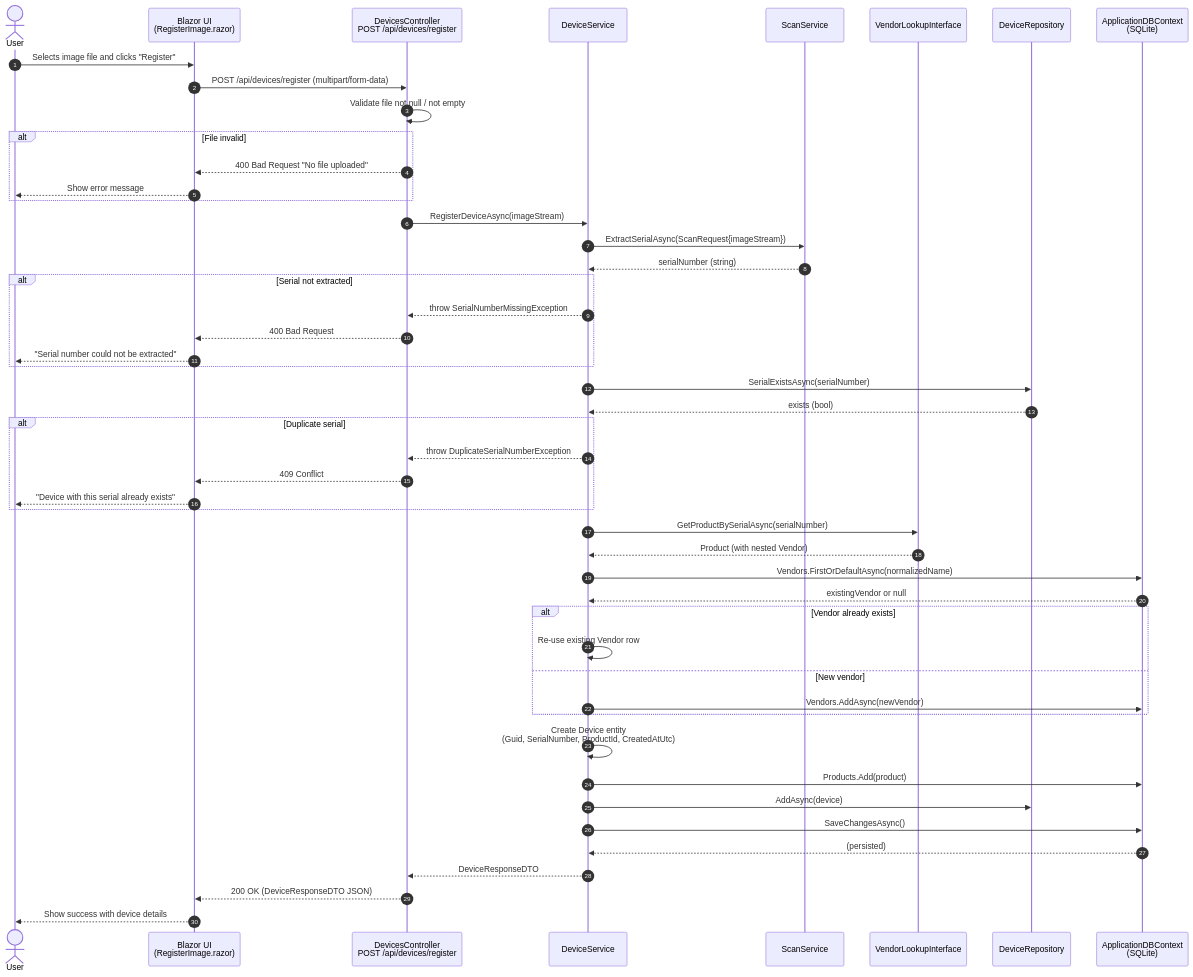
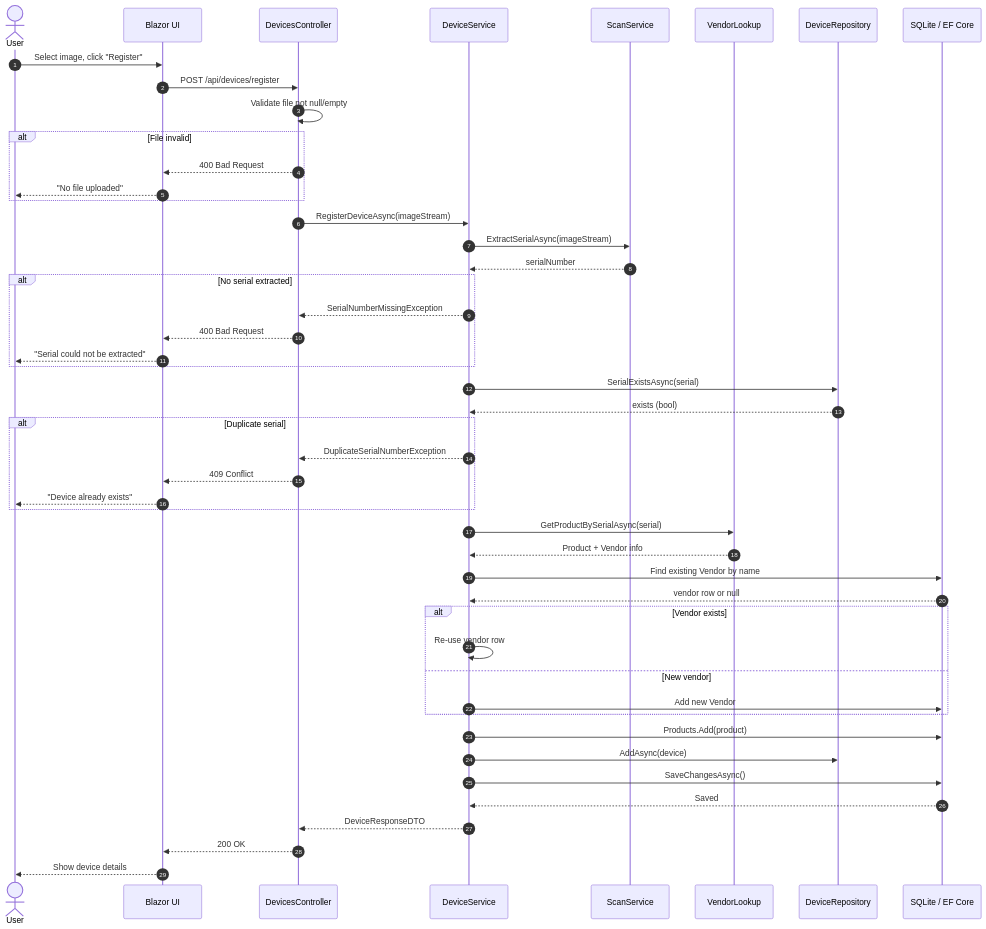
The diagram in docs/diagrams/sequence-image-device-registration.md (Denzel-Irizarry/HomeLabManager), drawn with Mermaid before and after one commit. The commit also changed 4 other files, not shown here.

First line of the commit message:
Improve readability of UML diagrams based on review feedback

````diff
--- a/docs/diagrams/sequence-image-device-registration.md
+++ b/docs/diagrams/sequence-image-device-registration.md
@@ -6,63 +6,62 @@
 ```mermaid
 sequenceDiagram
     autonumber
     actor User
-    participant WEBUI as Blazor UI<br/>(RegisterImage.razor)
-    participant API as DevicesController<br/>POST /api/devices/register
-    participant DevSvc as DeviceService
-    participant ScanSvc as ScanService
-    participant VendorLookup as VendorLookupInterface
-    participant DevRepo as DeviceRepository
-    participant DB as ApplicationDBContext<br/>(SQLite)
+    participant UI as Blazor UI
+    participant API as DevicesController
+    participant Svc as DeviceService
+    participant Scan as ScanService
+    participant Vendor as VendorLookup
+    participant Repo as DeviceRepository
+    participant DB as SQLite / EF Core
 
-    User->>WEBUI: Selects image file and clicks "Register"
-    WEBUI->>API: POST /api/devices/register (multipart/form-data)
+    User->>UI: Select image, click "Register"
+    UI->>API: POST /api/devices/register
 
-    API->>API: Validate file not null / not empty
+    API->>API: Validate file not null/empty
     alt File invalid
-        API-->>WEBUI: 400 Bad Request "No file uploaded"
-        WEBUI-->>User: Show error message
+        API-->>UI: 400 Bad Request
+        UI-->>User: "No file uploaded"
     end
 
-    API->>DevSvc: RegisterDeviceAsync(imageStream)
+    API->>Svc: RegisterDeviceAsync(imageStream)
 
-    DevSvc->>ScanSvc: ExtractSerialAsync(ScanRequest{imageStream})
-    ScanSvc-->>DevSvc: serialNumber (string)
+    Svc->>Scan: ExtractSerialAsync(imageStream)
+    Scan-->>Svc: serialNumber
 
-    alt Serial not extracted
-        DevSvc-->>API: throw SerialNumberMissingException
-        API-->>WEBUI: 400 Bad Request
-        WEBUI-->>User: "Serial number could not be extracted"
+    alt No serial extracted
+        Svc-->>API: SerialNumberMissingException
+        API-->>UI: 400 Bad Request
+        UI-->>User: "Serial could not be extracted"
     end
 
-    DevSvc->>DevRepo: SerialExistsAsync(serialNumber)
-    DevRepo-->>DevSvc: exists (bool)
+    Svc->>Repo: SerialExistsAsync(serial)
+    Repo-->>Svc: exists (bool)
 
     alt Duplicate serial
-        DevSvc-->>API: throw DuplicateSerialNumberException
-        API-->>WEBUI: 409 Conflict
-        WEBUI-->>User: "Device with this serial already exists"
+        Svc-->>API: DuplicateSerialNumberException
+        API-->>UI: 409 Conflict
+        UI-->>User: "Device already exists"
     end
 
-    DevSvc->>VendorLookup: GetProductBySerialAsync(serialNumber)
-    VendorLookup-->>DevSvc: Product (with nested Vendor)
+    Svc->>Vendor: GetProductBySerialAsync(serial)
+    Vendor-->>Svc: Product + Vendor info
 
-    DevSvc->>DB: Vendors.FirstOrDefaultAsync(normalizedName)
-    DB-->>DevSvc: existingVendor or null
+    Svc->>DB: Find existing Vendor by name
+    DB-->>Svc: vendor row or null
 
-    alt Vendor already exists
-        DevSvc->>DevSvc: Re-use existing Vendor row
+    alt Vendor exists
+        Svc->>Svc: Re-use vendor row
     else New vendor
-        DevSvc->>DB: Vendors.AddAsync(newVendor)
+        Svc->>DB: Add new Vendor
     end
 
-    DevSvc->>DevSvc: Create Device entity<br/>(Guid, SerialNumber, ProductId, CreatedAtUtc)
-    DevSvc->>DB: Products.Add(product)
-    DevSvc->>DevRepo: AddAsync(device)
-    DevSvc->>DB: SaveChangesAsync()
-    DB-->>DevSvc: (persisted)
+    Svc->>DB: Products.Add(product)
+    Svc->>Repo: AddAsync(device)
+    Svc->>DB: SaveChangesAsync()
+    DB-->>Svc: Saved
 
-    DevSvc-->>API: DeviceResponseDTO
-    API-->>WEBUI: 200 OK (DeviceResponseDTO JSON)
-    WEBUI-->>User: Show success with device details
+    Svc-->>API: DeviceResponseDTO
+    API-->>UI: 200 OK
+    UI-->>User: Show device details
 ```
````
